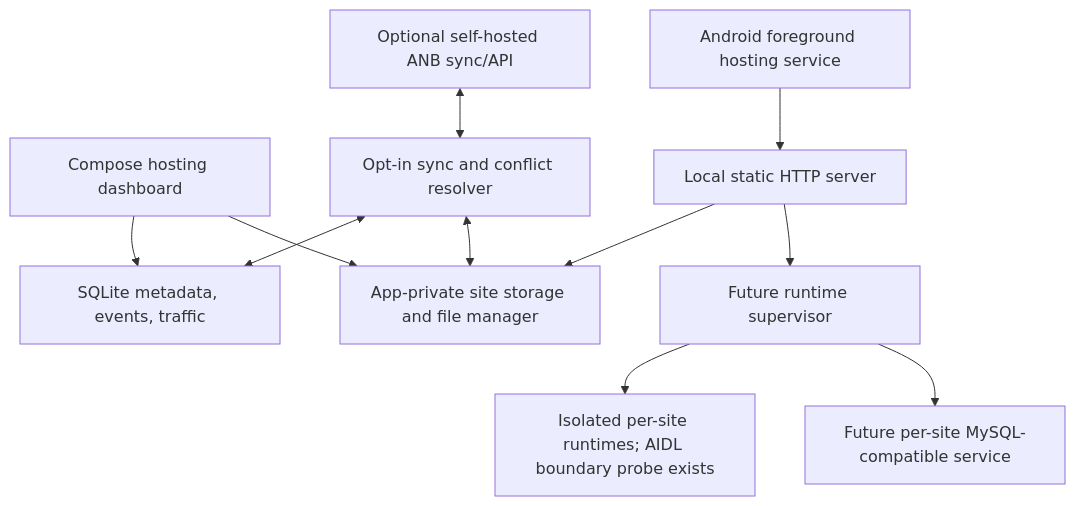
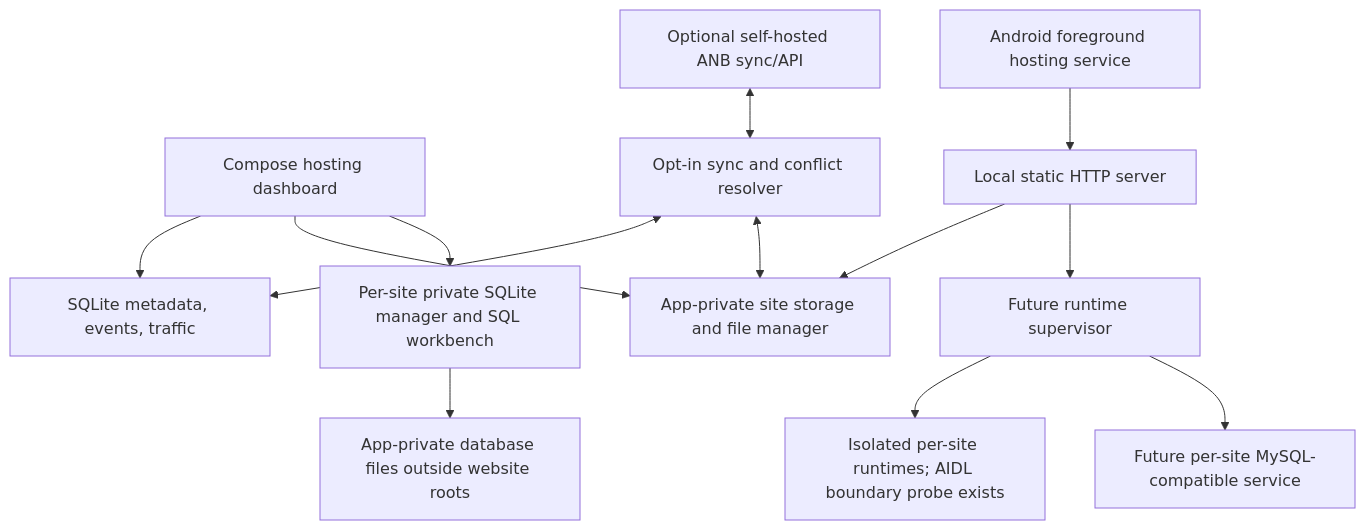
One commit to anbsolution/ANB-hosting changed the diagram in DEVELOPMENT-ROADMAP.md. Above: the diagram before and after it, drawn with Mermaid. The commit also changed other lines of this file and 4 other files, not shown here.

Commit message:
feat(android): add per-site SQLite management

````diff
--- a/DEVELOPMENT-ROADMAP.md
+++ b/DEVELOPMENT-ROADMAP.md
@@ -70,13 +72,15 @@
 ```mermaid
 flowchart TD
   UI[Compose hosting dashboard] --> Store[SQLite metadata, events, traffic]
   UI --> Files[App-private site storage and file manager]
+  UI --> LocalDB[Per-site private SQLite manager and SQL workbench]
+  LocalDB --> DBFiles[App-private database files outside website roots]
   Service[Android foreground hosting service] --> HTTP[Local static HTTP server]
   HTTP --> Files
   HTTP --> Runtime[Future runtime supervisor]
   Runtime --> Isolated[Isolated per-site runtimes; AIDL boundary probe exists]
   Runtime --> DB[Future per-site MySQL-compatible service]
   Cloud[Optional self-hosted ANB sync/API] <--> Sync[Opt-in sync and conflict resolver]
   Sync <--> Store
   Sync <--> Files
 ```
````
